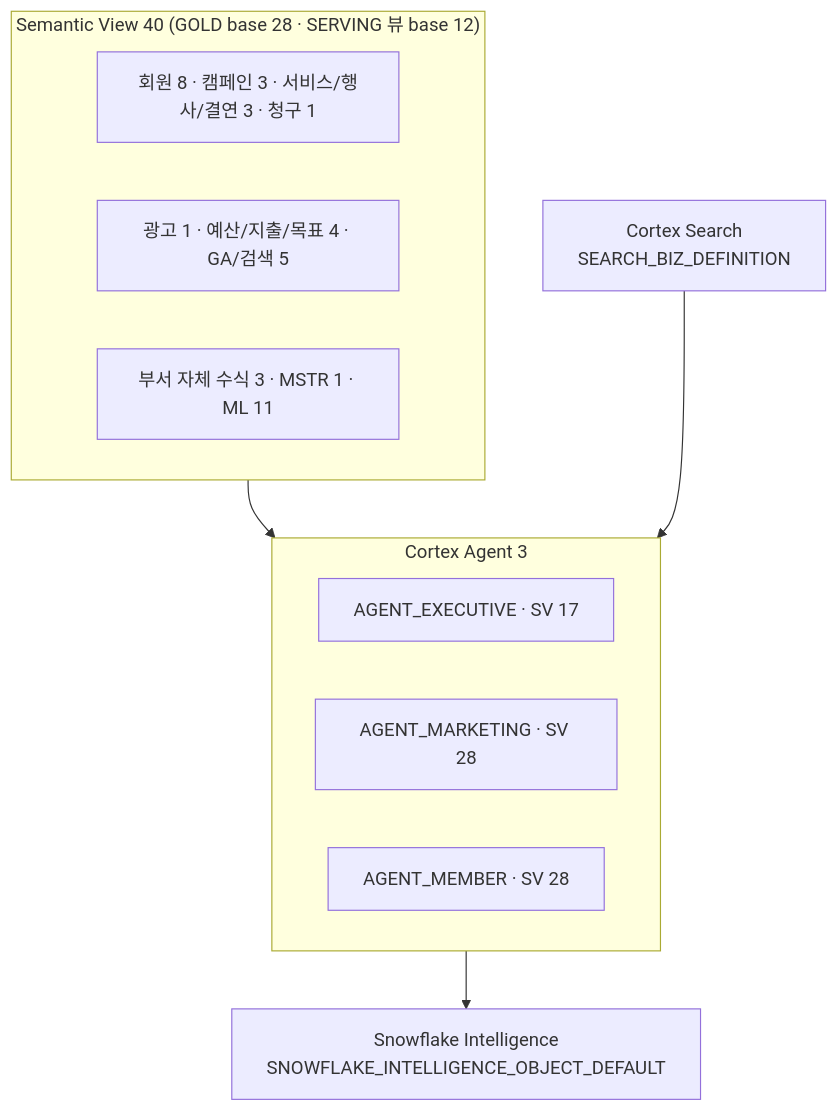
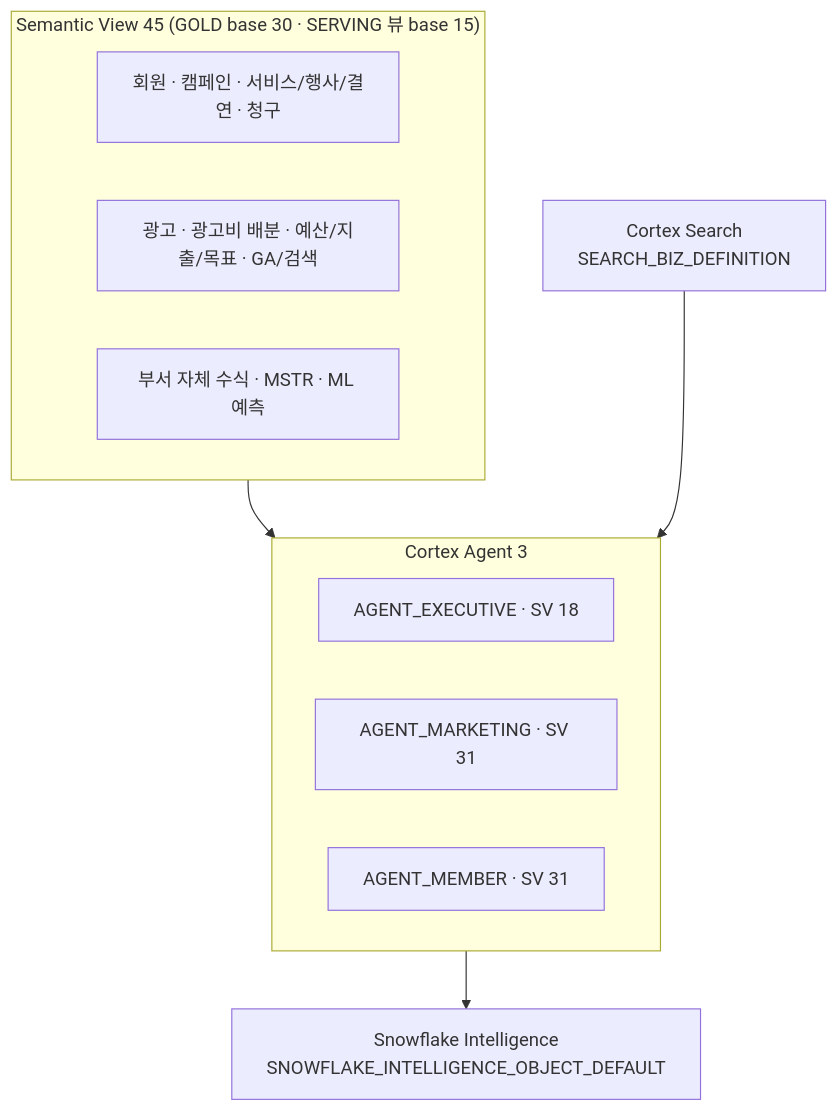
One commit to cih0802/snowflake_files changed the fourth of 4 diagrams in 85_실제 인수인계 문서/20_정식산출물/D02_아키텍처정의서.md. Above: the diagram before and after it, drawn with Mermaid. The commit also changed other lines of this file and 157 other files, not shown here.

````diff
--- a/85_실제 인수인계 문서/20_정식산출물/D02_아키텍처정의서.md
+++ b/85_실제 인수인계 문서/20_정식산출물/D02_아키텍처정의서.md
@@ -132,17 +137,17 @@
 ```mermaid
 flowchart TB
-  subgraph SV["Semantic View 40 (GOLD base 28 · SERVING 뷰 base 12)"]
-    SVM["회원 8 · 캠페인 3 · 서비스/행사/결연 3 · 청구 1"]
-    SVA["광고 1 · 예산/지출/목표 4 · GA/검색 5"]
-    SVX["부서 자체 수식 3 · MSTR 1 · ML 11"]
+  subgraph SV["Semantic View 45 (GOLD base 30 · SERVING 뷰 base 15)"]
+    SVM["회원 · 캠페인 · 서비스/행사/결연 · 청구"]
+    SVA["광고 · 광고비 배분 · 예산/지출/목표 · GA/검색"]
+    SVX["부서 자체 수식 · MSTR · ML 예측"]
   end
   CS["Cortex Search<br/>SEARCH_BIZ_DEFINITION"]
   subgraph AG["Cortex Agent 3"]
-    AE["AGENT_EXECUTIVE · SV 17"]
-    AM["AGENT_MARKETING · SV 28"]
-    AB["AGENT_MEMBER · SV 28"]
+    AE["AGENT_EXECUTIVE · SV 18"]
+    AM["AGENT_MARKETING · SV 31"]
+    AB["AGENT_MEMBER · SV 31"]
   end
   SV --> AG
   CS --> AG
   AG --> SI["Snowflake Intelligence<br/>SNOWFLAKE_INTELLIGENCE_OBJECT_DEFAULT"]
 ```
````
